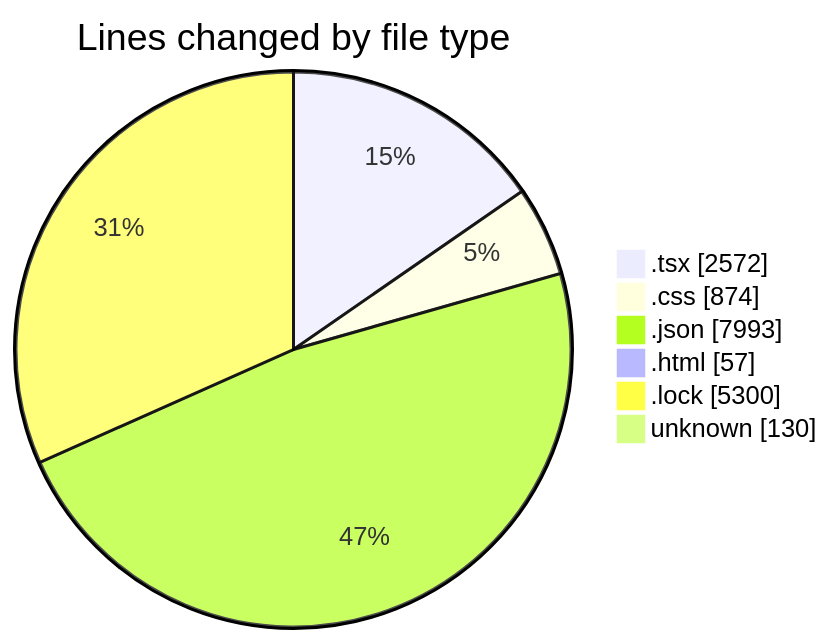
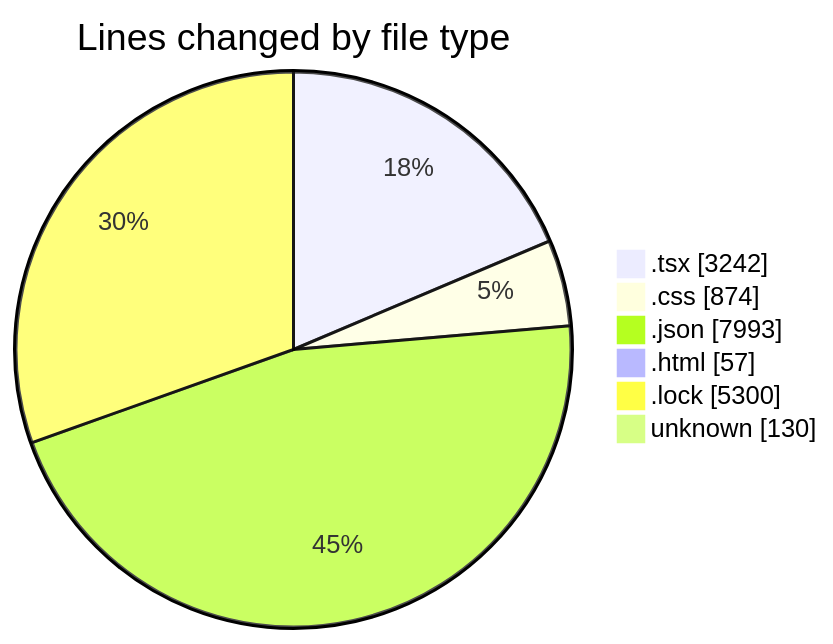
The first of 2 diagrams in 2025-08-12/ribbon/README.md (EIIisD/code-tracking), drawn with Mermaid before and after one commit. The commit also changed other lines of this file and 1 other file, not shown here.

````diff
--- a/2025-08-12/ribbon/README.md
+++ b/2025-08-12/ribbon/README.md
@@ -38,10 +39,10 @@
 ```mermaid
 pie showData
 title Lines changed by file type
-".tsx" : 2572
+".tsx" : 3242
 ".css" : 874
 ".json" : 7993
 ".html" : 57
 ".lock" : 5300
 "unknown" : 130
 ```
````
